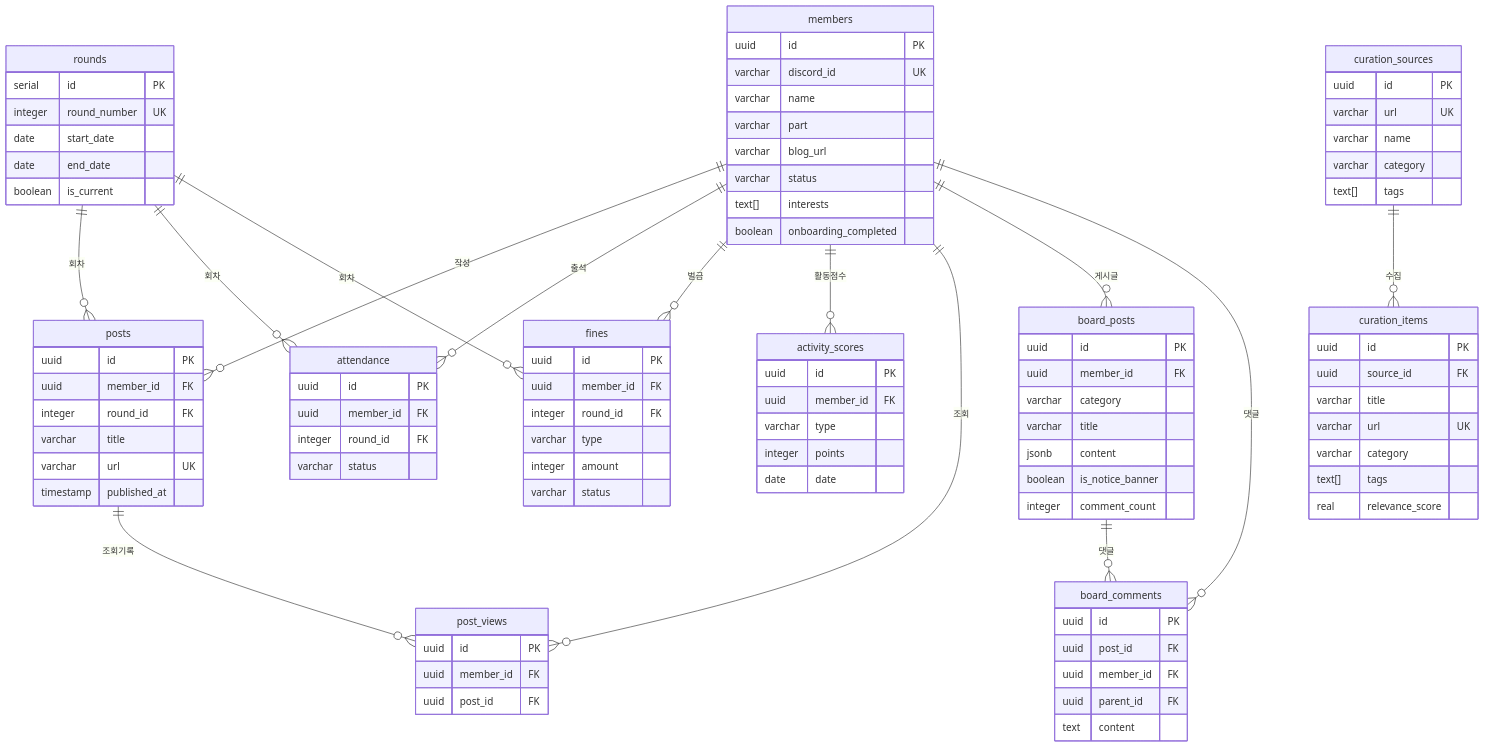
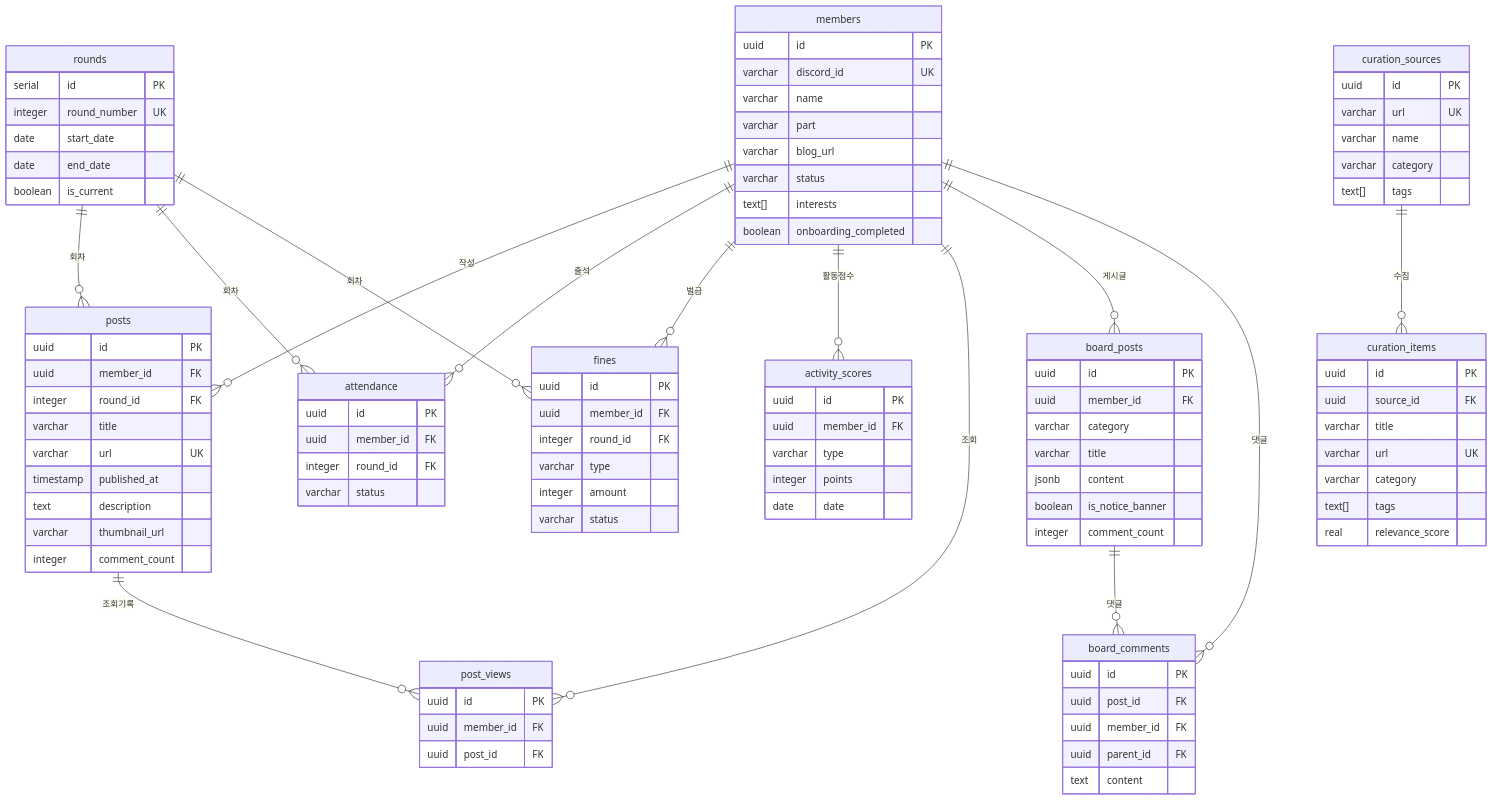
The eighth of 9 diagrams in docs/ARCHITECTURE.md (bbbang105/study-admin), drawn with Mermaid before and after one commit. The commit also changed other lines of this file and 34 other files, not shown here.

```diff
--- a/docs/ARCHITECTURE.md
+++ b/docs/ARCHITECTURE.md
@@ -306,6 +306,9 @@
         varchar title
         varchar url UK
         timestamp published_at
+        text description
+        varchar thumbnail_url
+        integer comment_count
     }
 
     attendance {
```
